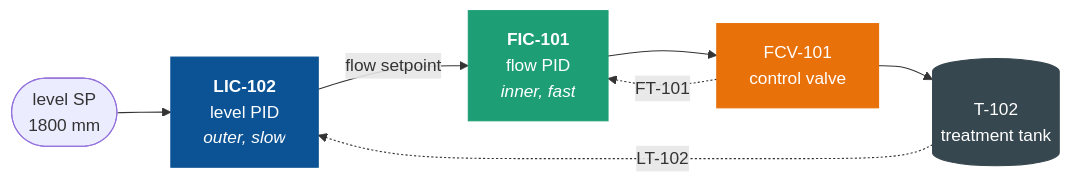
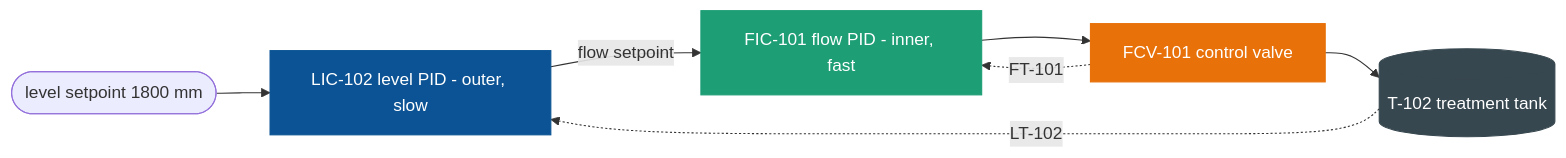
The first of 2 diagrams in README.md (karishmapremnath4/karishmapremnath4), drawn with Mermaid before and after one commit. The commit also changed other lines of this file, not shown here.

Commit message:
Make Mermaid diagrams GitHub-safe: plain labels, no HTML or reserved characters

````diff
--- a/README.md
+++ b/README.md
@@ -35,14 +35,14 @@
 ```mermaid
 flowchart LR
-    SP([level SP<br/>1800 mm]) --> LIC
-    LIC["<b>LIC-102</b><br/>level PID<br/><i>outer, slow</i>"] -->|flow setpoint| FIC
-    FIC["<b>FIC-101</b><br/>flow PID<br/><i>inner, fast</i>"] --> FCV["FCV-101<br/>control valve"]
-    FCV --> TANK[("T-102<br/>treatment tank")]
+    SP([level setpoint 1800 mm]) --> LIC
+    LIC["LIC-102 level PID - outer, slow"] -->|flow setpoint| FIC
+    FIC["FIC-101 flow PID - inner, fast"] --> FCV["FCV-101 control valve"]
+    FCV --> TANK[("T-102 treatment tank")]
     TANK -.->|LT-102| LIC
     FCV -.->|FT-101| FIC
 
     style LIC fill:#0B5394,stroke:#0B5394,color:#fff
     style FIC fill:#1D9E75,stroke:#1D9E75,color:#fff
     style FCV fill:#E8710A,stroke:#E8710A,color:#fff
     style TANK fill:#37474F,stroke:#37474F,color:#fff
 ```
````
